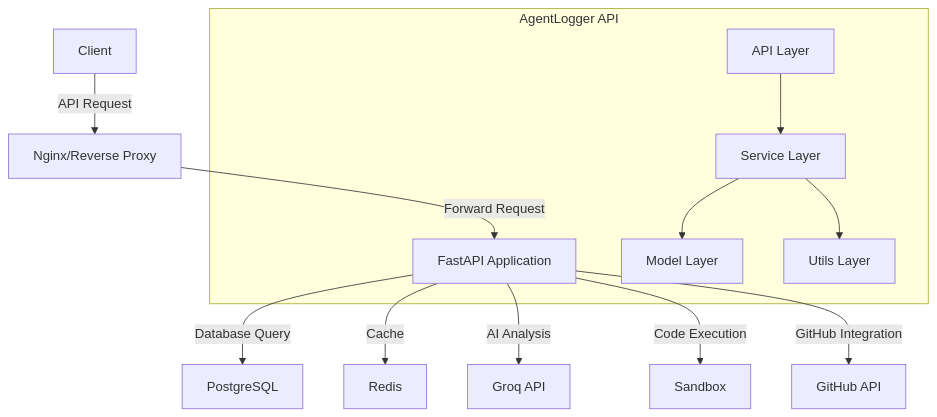
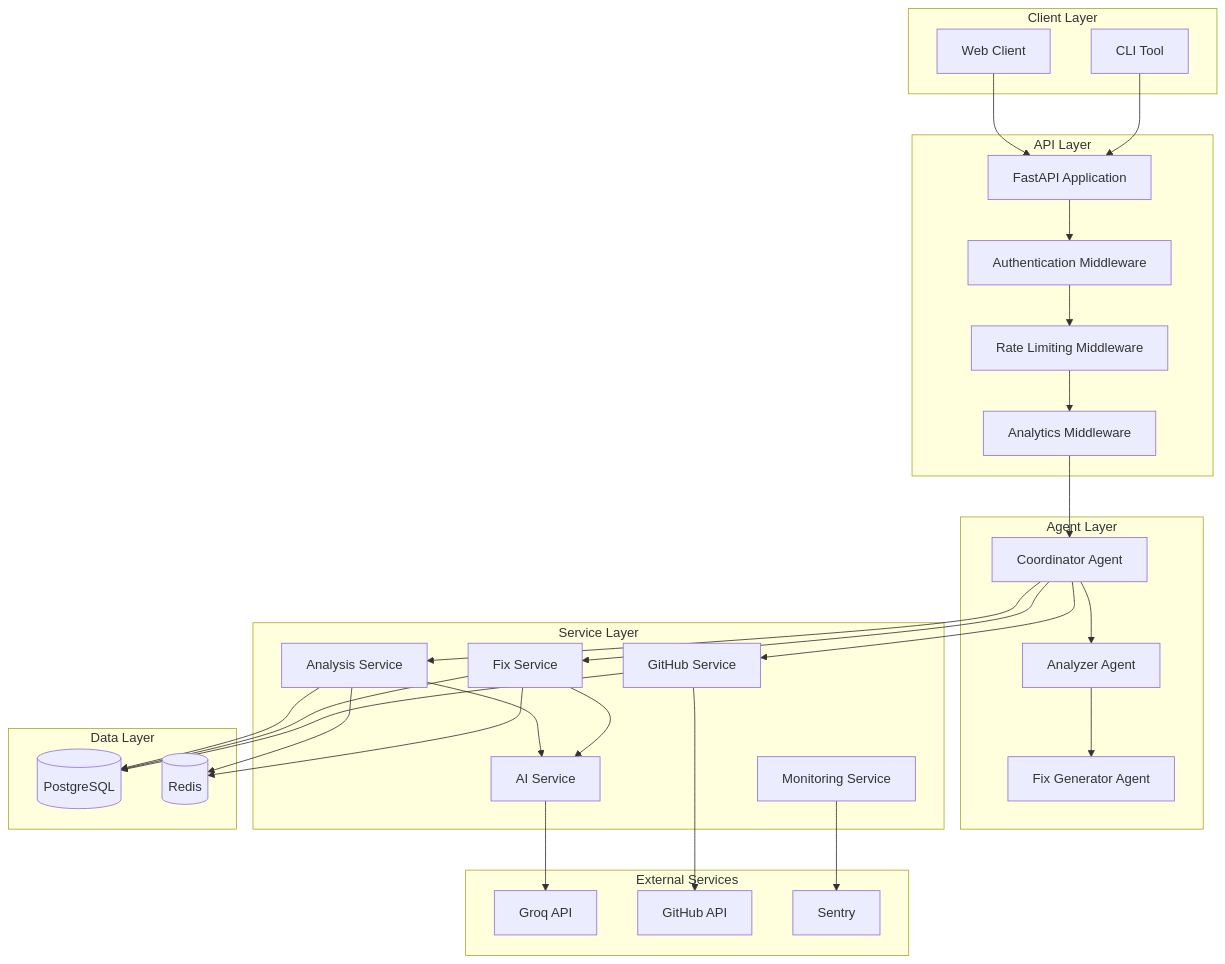
Before and after one commit to vishesh711/AgentLogger: the first of 2 diagrams in docs/assets/architecture.md, drawn with Mermaid. The commit also changed other lines of this file and 49 other files, not shown here.

Commit message:
docs: update README, API docs, configuration guide, and related files to reflect nginx proxy base URL and Groq API key setup

````diff
--- a/docs/assets/architecture.md
+++ b/docs/assets/architecture.md
@@ -5,19 +9,69 @@
 ```mermaid
 graph TD
-    A[Client] -->|API Request| B[Nginx/Reverse Proxy]
-    B -->|Forward Request| C[FastAPI Application]
+    subgraph "Client Layer"
+        A[Web Client]
+        B[CLI Tool]
+    end
     
-    C -->|Database Query| D[PostgreSQL]
-    C -->|Cache| E[Redis]
-    C -->|AI Analysis| F[Groq API]
+    subgraph "API Layer"
+        C[FastAPI Application]
+        D[Authentication Middleware]
+        E[Rate Limiting Middleware]
+        F[Analytics Middleware]
+    end
     
-    C -->|Code Execution| G[Sandbox]
-    C -->|GitHub Integration| H[GitHub API]
+    subgraph "Agent Layer"
+        G[Coordinator Agent]
+        H[Analyzer Agent]
+        I[Fix Generator Agent]
+    end
     
-    subgraph "AgentLogger API"
-        C
-        I[API Layer] --> J[Service Layer]
-        J --> K[Model Layer]
-        J --> L[Utils Layer]
+    subgraph "Service Layer"
+        J[Analysis Service]
+        K[Fix Service]
+        L[GitHub Service]
+        M[Monitoring Service]
+        N[AI Service]
     end
+    
+    subgraph "External Services"
+        O[Groq API]
+        P[GitHub API]
+        Q[Sentry]
+    end
+    
+    subgraph "Data Layer"
+        R[(PostgreSQL)]
+        S[(Redis)]
+    end
+    
+    A --> C
+    B --> C
+    
+    C --> D
+    D --> E
+    E --> F
+    
+    F --> G
+    
+    G --> H
+    H --> I
+    
+    G --> J
+    G --> K
+    G --> L
+    
+    J --> N
+    K --> N
+    
+    N --> O
+    L --> P
+    M --> Q
+    
+    J --> R
+    K --> R
+    L --> R
+    
+    J --> S
+    K --> S
 ```
````
